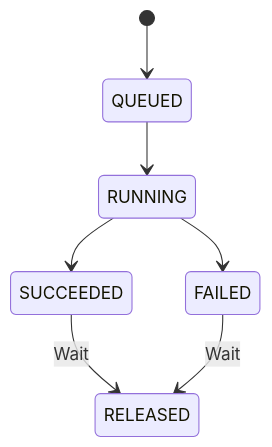
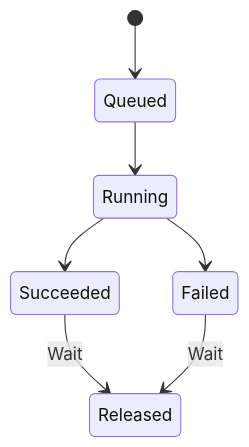
Before and after one commit to dante159753/unified-cache-management: the fifth of 5 diagrams in yuanrong_store_adaptation_design.md, drawn with Mermaid. The commit also changed other lines of this file, not shown here.

````diff
--- a/yuanrong_store_adaptation_design.md
+++ b/yuanrong_store_adaptation_design.md
@@ -529,9 +262,9 @@
 ```mermaid
 stateDiagram-v2
-    [*] --> QUEUED
-    QUEUED --> RUNNING
-    RUNNING --> SUCCEEDED
-    RUNNING --> FAILED
-    SUCCEEDED --> RELEASED: Wait
-    FAILED --> RELEASED: Wait
+    [*] --> Queued
+    Queued --> Running
+    Running --> Succeeded
+    Running --> Failed
+    Succeeded --> Released: Wait
+    Failed --> Released: Wait
 ```
````
